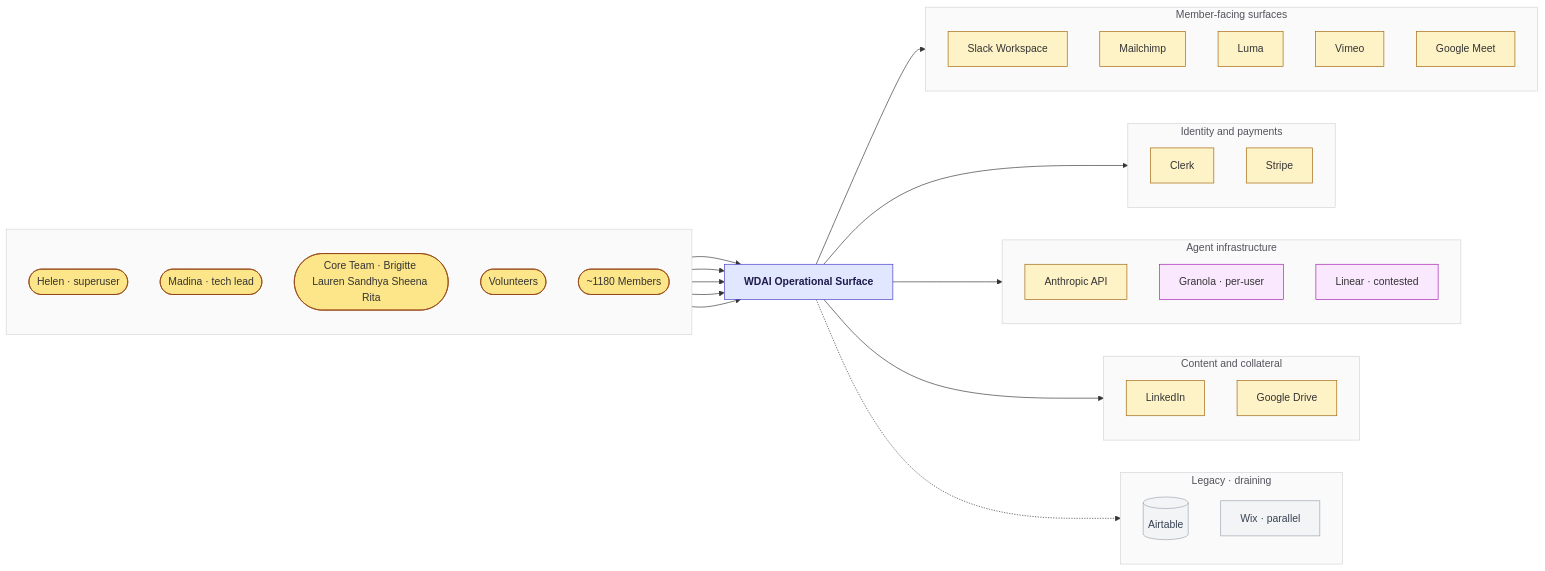
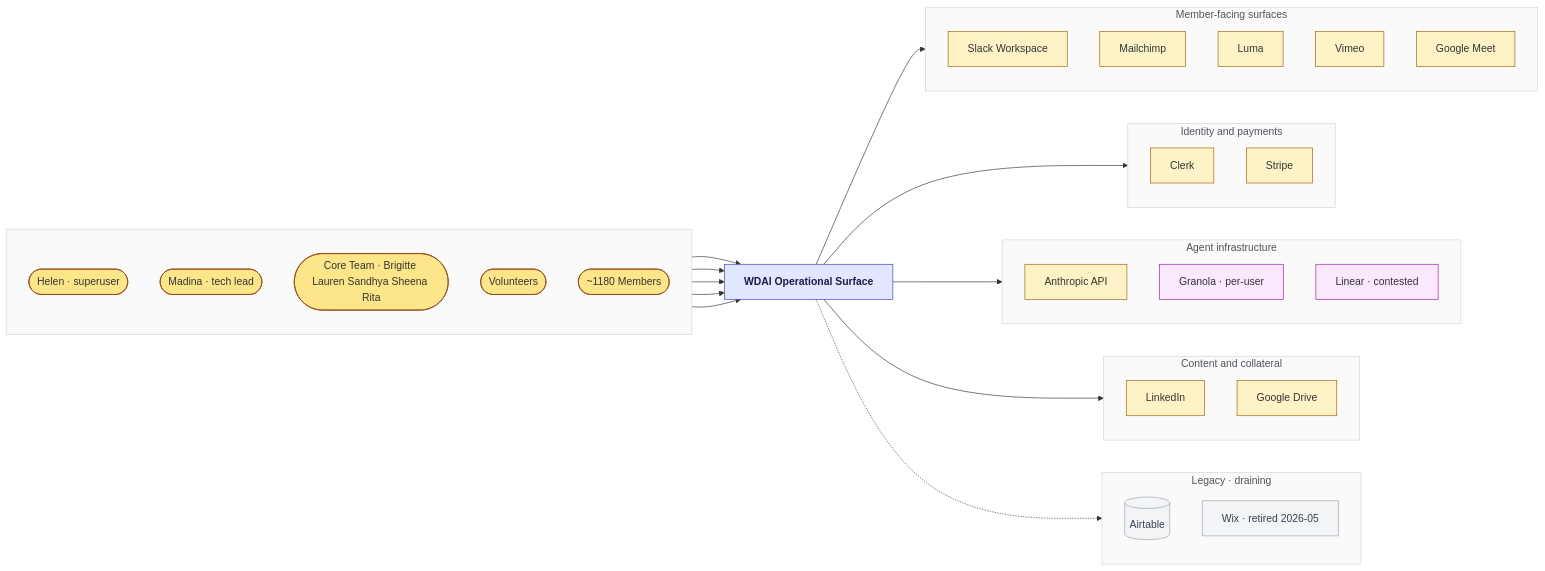
Before and after one commit to mgbotoe/agents: the first of 12 diagrams in dev-agent/design/team-os/pass-1/01-system-context.md, drawn with Mermaid. The commit also changed other lines of this file and 5 other files, not shown here.

````diff
--- a/dev-agent/design/team-os/pass-1/01-system-context.md
+++ b/dev-agent/design/team-os/pass-1/01-system-context.md
@@ -102,72 +102,72 @@
 ```mermaid
 graph LR
     subgraph Persons[" "]
         direction TB
         Helen([Helen · superuser])
         Madina([Madina · tech lead])
         CoreTeam([Core Team · Brigitte Lauren Sandhya Sheena Rita])
         Volunteers([Volunteers])
         Members([~1180 Members])
     end
 
     WDAI[WDAI Operational Surface]
 
     subgraph MemberFacing["Member-facing surfaces"]
         direction TB
         Slack[Slack Workspace]
         Mailchimp[Mailchimp]
         Luma[Luma]
         Vimeo[Vimeo]
         GMeet[Google Meet]
     end
 
     subgraph IdentityPay["Identity and payments"]
         direction TB
         Clerk[Clerk]
         Stripe[Stripe]
     end
 
     subgraph AgentInfra["Agent infrastructure"]
         direction TB
         Anthropic[Anthropic API]
         Granola[Granola · per-user]
         Linear[Linear · contested]
     end
 
     subgraph Content["Content and collateral"]
         direction TB
         LinkedIn[LinkedIn]
         GDrive[Google Drive]
     end
 
     subgraph Legacy["Legacy · draining"]
         direction TB
         Airtable[(Airtable)]
-        Wix[Wix · parallel]
+        Wix[Wix · retired 2026-05]
     end
 
     Helen --> WDAI
     Madina --> WDAI
     CoreTeam --> WDAI
     Volunteers --> WDAI
     Members --> WDAI
 
     WDAI --> MemberFacing
     WDAI --> IdentityPay
     WDAI --> AgentInfra
     WDAI --> Content
     WDAI -.-> Legacy
 
     classDef person fill:#fde68a,stroke:#92400e
     classDef sys fill:#e0e7ff,stroke:#4338ca,color:#1e1b4b,font-weight:bold
     classDef ext fill:#fef3c7,stroke:#a16207
     classDef contested fill:#fae8ff,stroke:#a21caf
     classDef legacy fill:#f3f4f6,stroke:#9ca3af,color:#374151
     classDef cluster fill:#fafafa,stroke:#d4d4d8,color:#52525b
     class Helen,Madina,CoreTeam,Volunteers,Members person
     class WDAI sys
     class Slack,Mailchimp,Luma,Vimeo,GMeet,Clerk,Stripe,Anthropic,LinkedIn,GDrive ext
     class Linear,Granola contested
     class Airtable,Wix legacy
     class Persons,MemberFacing,IdentityPay,AgentInfra,Content,Legacy cluster
 ```
````
